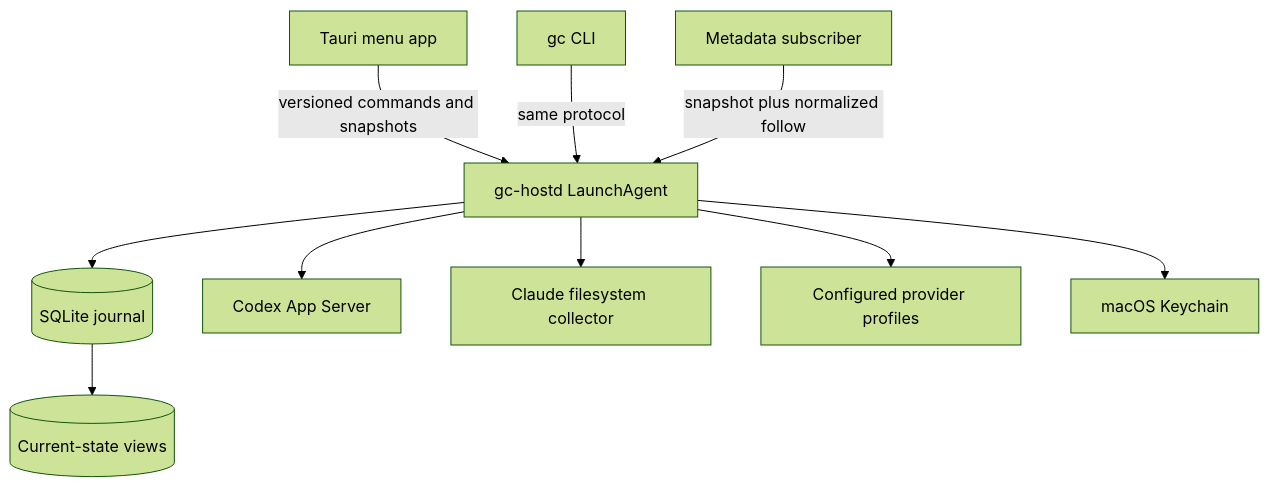
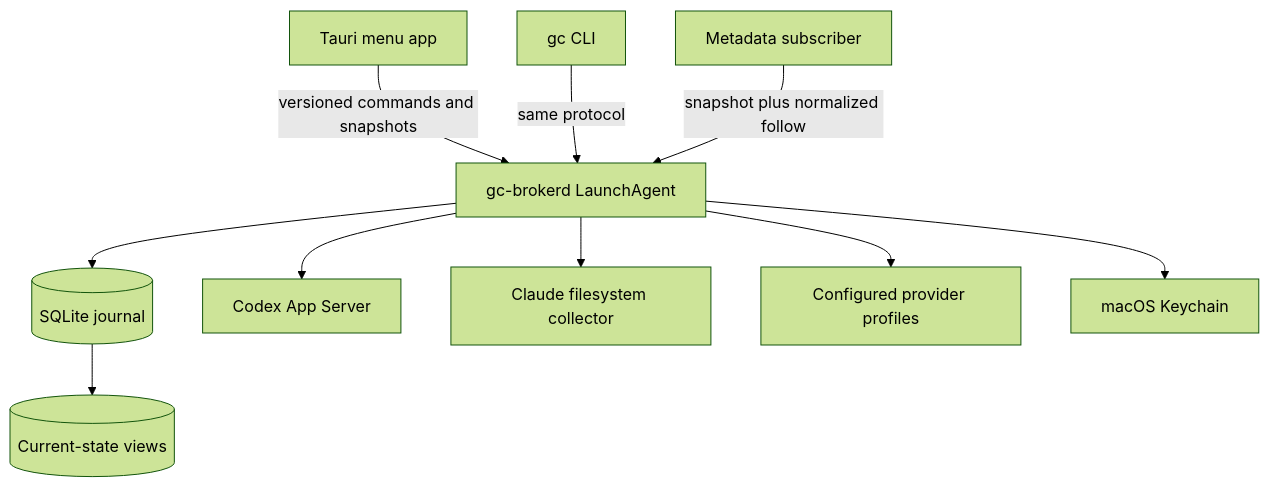
The first of 4 diagrams in docs/plans/2026-07-21-001-feat-managed-agent-control-plane-plan.md (phatblat/ground-control), drawn with Mermaid (forest theme) before and after one commit. The commit also changed other lines of this file, not shown here.

First line of the commit message:
docs: name managed service gc-brokerd

````diff
--- a/docs/plans/2026-07-21-001-feat-managed-agent-control-plane-plan.md
+++ b/docs/plans/2026-07-21-001-feat-managed-agent-control-plane-plan.md
@@ -224,12 +224,12 @@
 ```mermaid
 flowchart TB
-  UI[Tauri menu app] -->|versioned commands and snapshots| Broker[gc-hostd LaunchAgent]
+  UI[Tauri menu app] -->|versioned commands and snapshots| Broker[gc-brokerd LaunchAgent]
   CLI[gc CLI] -->|same protocol| Broker
   Reader[Metadata subscriber] -->|snapshot plus normalized follow| Broker
   Broker --> Journal[(SQLite journal)]
   Journal --> Views[(Current-state views)]
   Broker --> Codex[Codex App Server]
   Broker --> Claude[Claude filesystem collector]
   Broker --> Providers[Configured provider profiles]
   Broker --> Keychain[macOS Keychain]
 ```
````
